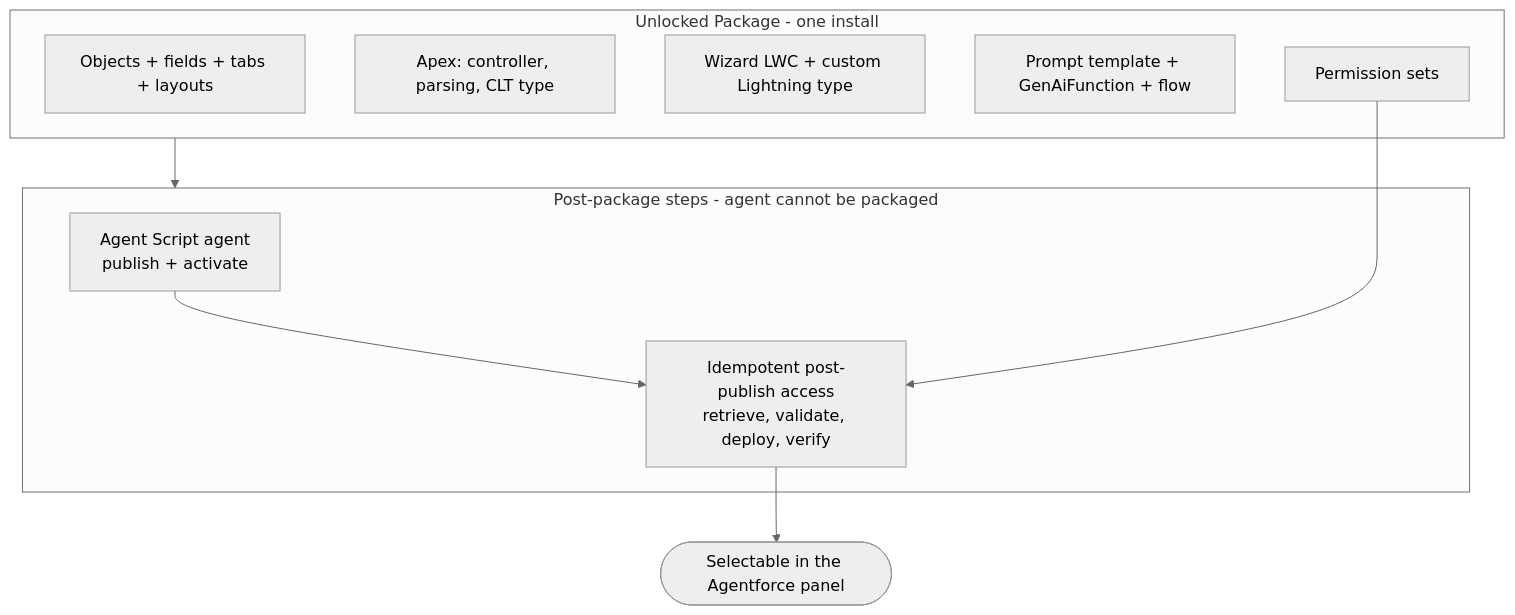
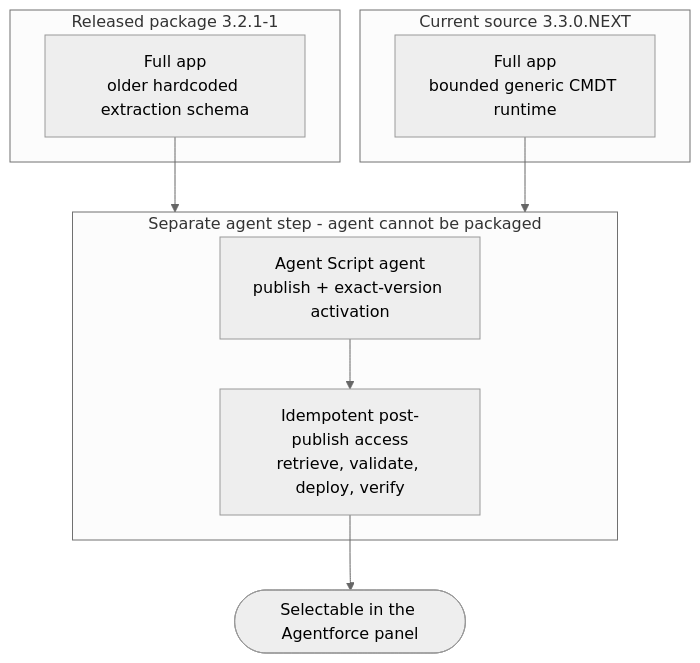
One commit to salesforce/Resume_Parser changed the sixth of 6 diagrams in RESUME_PARSER_ARCHITECTURE.md. Above: the diagram before and after it, drawn with Mermaid (neutral theme). The commit also changed other lines of this file and 5 other files, not shown here.

Commit message:
Clarify package and source release status

````diff
--- a/RESUME_PARSER_ARCHITECTURE.md
+++ b/RESUME_PARSER_ARCHITECTURE.md
@@ -235,18 +241,17 @@
 ```mermaid
 flowchart TD
-    subgraph PKG [Unlocked Package - one install]
-      OBJ[Objects + fields + tabs + layouts]
-      APX[Apex: controller, parsing, CLT type]
-      LWC[Wizard LWC + custom Lightning type]
-      PT[Prompt template + GenAiFunction + flow]
-      PS[Permission sets]
+    subgraph RELEASED [Released package 3.2.1-1]
+      OLD[Full app<br/>older hardcoded extraction schema]
     end
-    subgraph STEP [Post-package steps - agent cannot be packaged]
-      AGENT[Agent Script agent<br/>publish + activate]
+    subgraph SOURCE [Current source 3.3.0.NEXT]
+      GENERIC[Full app<br/>bounded generic CMDT runtime]
+    end
+    subgraph STEP [Separate agent step - agent cannot be packaged]
+      AGENT[Agent Script agent<br/>publish + exact-version activation]
       ACCESS[Idempotent post-publish access<br/>retrieve, validate, deploy, verify]
       AGENT --> ACCESS
     end
-    PKG --> STEP
-    PS --> ACCESS
+    OLD --> STEP
+    GENERIC --> STEP
     ACCESS --> LIVE([Selectable in the Agentforce panel])
 ```
````
